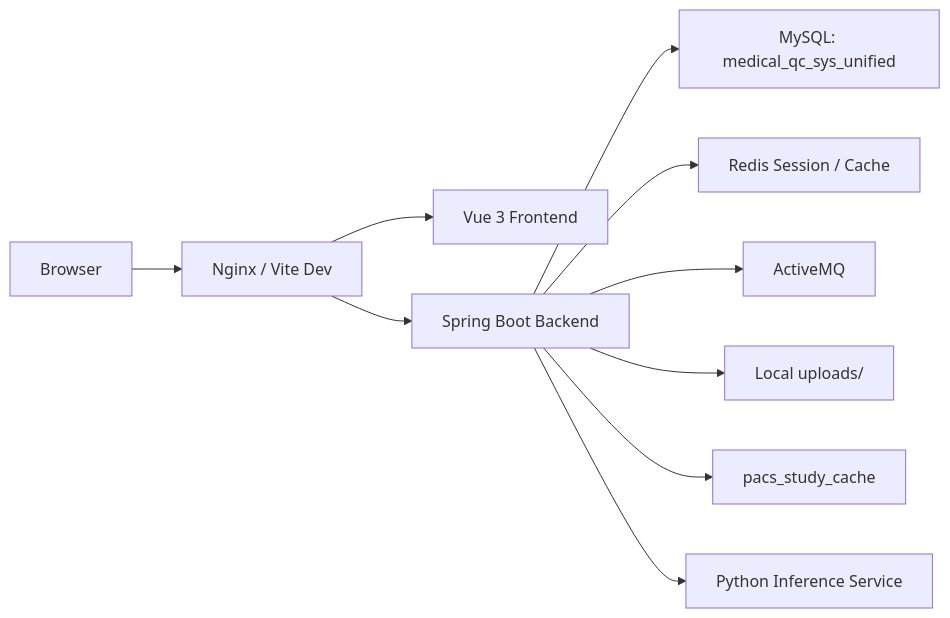
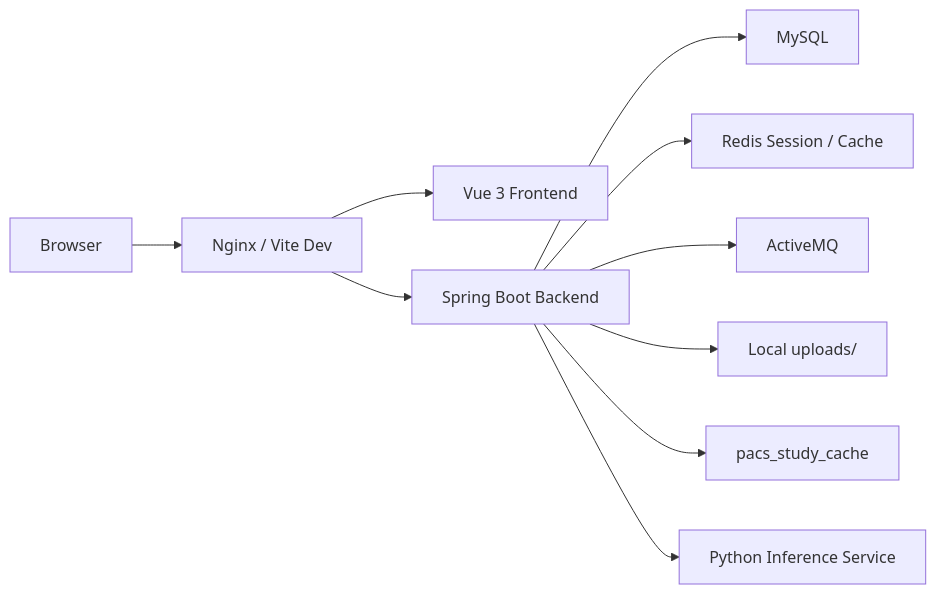
One commit to X-yhhh/Medical-qc-SpringBoot changed the diagram in README.md. Above: the diagram before and after it, drawn with Mermaid. The commit also changed other lines of this file and 8 other files, not shown here.

````diff
--- a/README.md
+++ b/README.md
@@ -7,12 +7,12 @@
 ```mermaid
 flowchart LR
-  Browser["Browser"] --> Nginx["Nginx / Vite Dev"]
-  Nginx --> Frontend["Vue 3 Frontend"]
-  Nginx --> Backend["Spring Boot Backend"]
-  Backend --> MySQL["MySQL: medical_qc_sys_unified"]
+  Browser["Browser"] --> Gateway["Nginx / Vite Dev"]
+  Gateway --> Frontend["Vue 3 Frontend"]
+  Gateway --> Backend["Spring Boot Backend"]
+  Backend --> MySQL["MySQL"]
   Backend --> Redis["Redis Session / Cache"]
   Backend --> ActiveMQ["ActiveMQ"]
   Backend --> Uploads["Local uploads/"]
   Backend --> PACS["pacs_study_cache"]
   Backend --> Python["Python Inference Service"]
 ```
````
